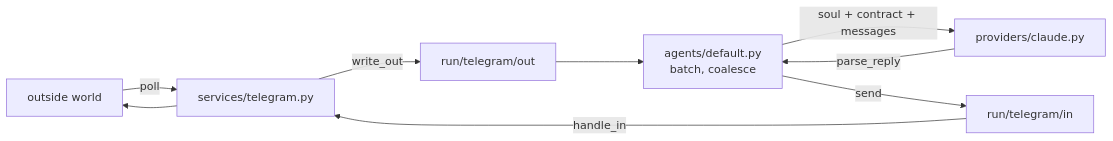
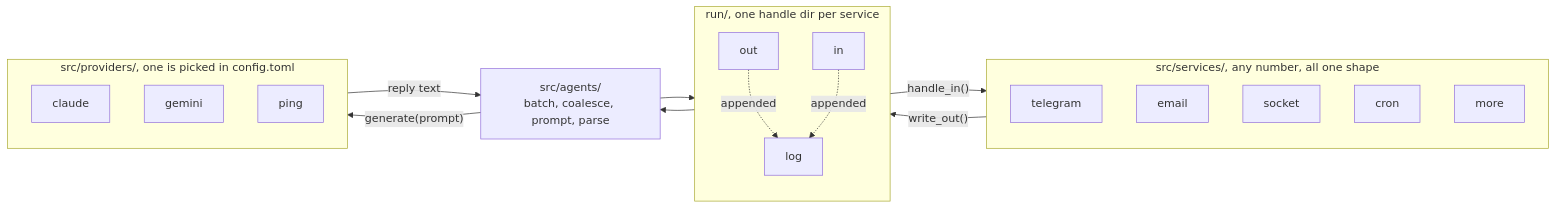
Before and after one commit to josephcrawford99/microagent: the diagram in README.md, drawn with Mermaid. The commit also changed other lines of this file, not shown here.

Commit message:
update mermaid

````diff
--- a/README.md
+++ b/README.md
@@ -18,11 +19,36 @@
 ```mermaid
 flowchart LR
-    W[outside world] -->|poll| S[services/telegram.py]
-    S -->|write_out| O[run/telegram/out]
-    O --> H[agents/default.py<br/>batch, coalesce]
-    H -->|soul + contract + messages| P[providers/claude.py]
-    P -->|parse_reply| H
-    H -->|send| I[run/telegram/in]
-    I -->|handle_in| S
-    S --> W
+    subgraph SVC["src/services/, any number, all one shape"]
+        direction TB
+        T[telegram]
+        E[email]
+        K[socket]
+        C[cron]
+        X[more]
+    end
+
+    subgraph RUN["run/, one handle dir per service"]
+        direction TB
+        O[out]
+        I[in]
+        L[log]
+    end
+
+    A["src/agents/<br/>batch, coalesce, prompt, parse"]
+
+    subgraph PRV["src/providers/, one is picked in config.toml"]
+        direction TB
+        CL[claude]
+        GE[gemini]
+        PI[ping]
+    end
+
+    SVC -->|"write_out()"| O
+    O --> A
+    A --> I
+    I -->|"handle_in()"| SVC
+    A -->|"generate(prompt)"| PRV
+    PRV -->|"reply text"| A
+    O -.->|appended| L
+    I -.->|appended| L
 ```
````
